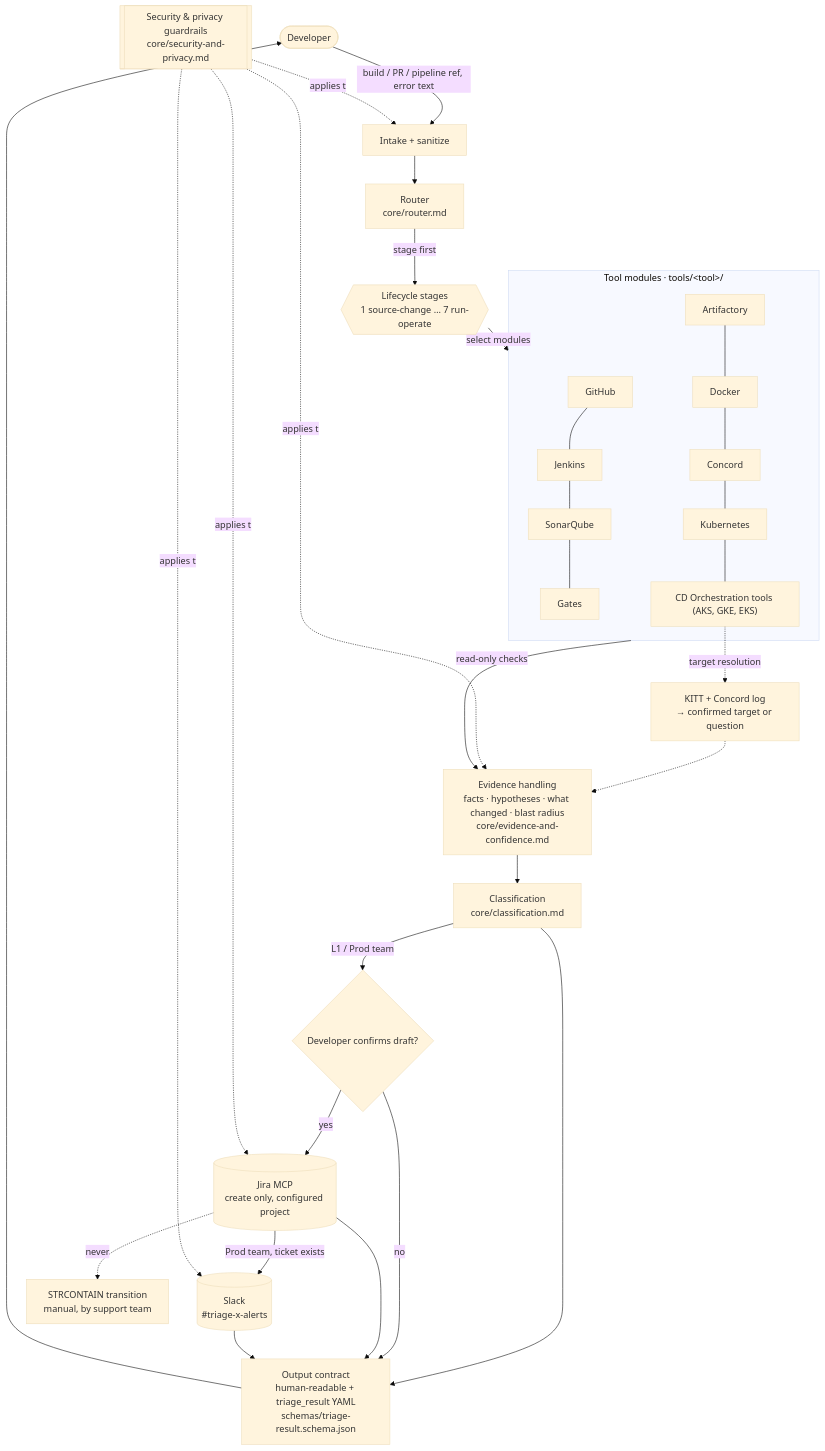
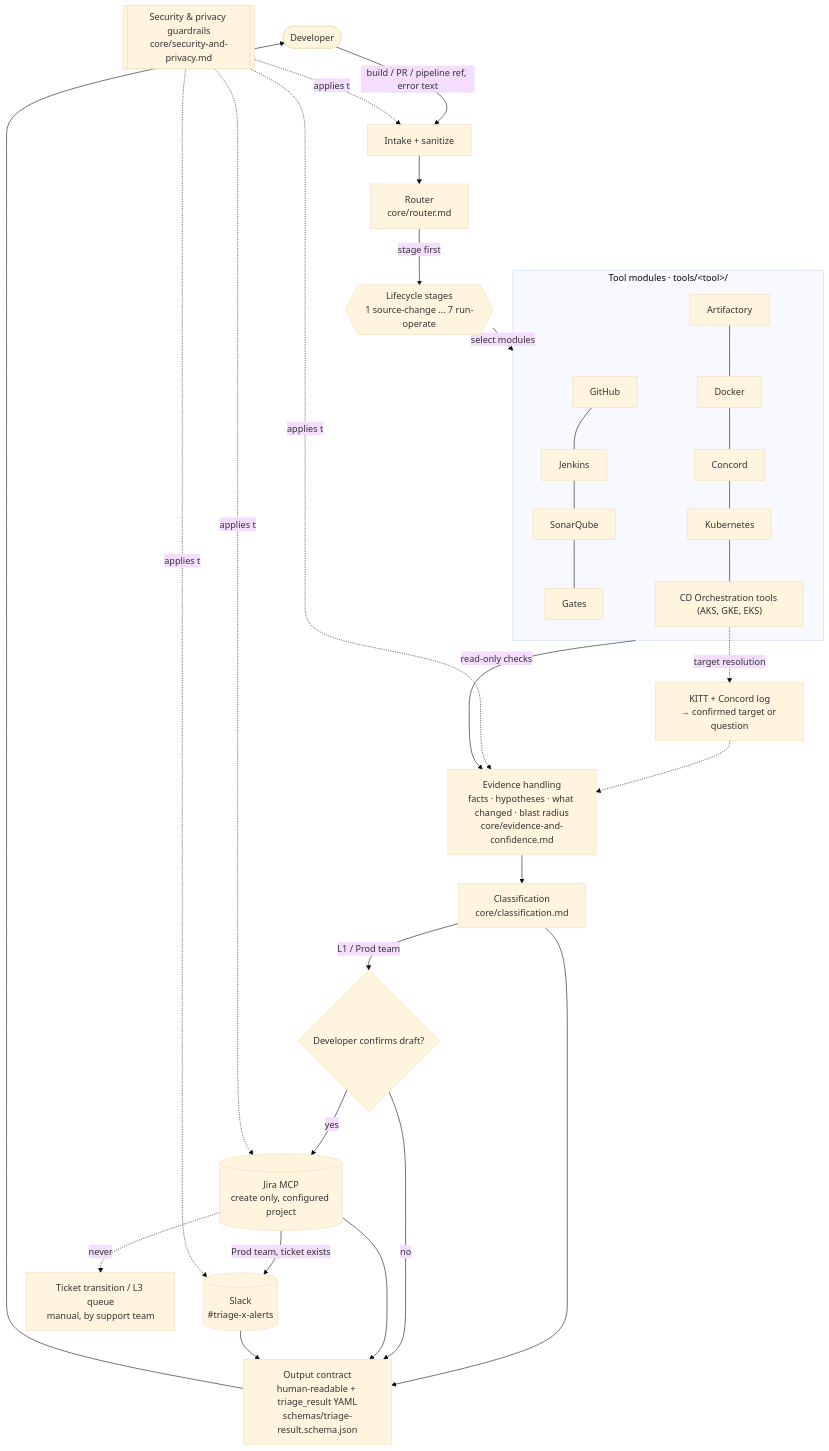
Before and after one commit to gunasekar89/triage-x: the diagram in docs/architecture.md, drawn with Mermaid (base theme). The commit also changed 14 other files, not shown here.

First line of the commit message:
refactor: remove STRCONTAIN; keep a general no-ticket-transition rule

````diff
--- a/docs/architecture.md
+++ b/docs/architecture.md
@@ -5,28 +5,28 @@
 ```mermaid
 flowchart TB
   U([Developer]) -->|build / PR / pipeline ref, error text| IN[Intake + sanitize]
   IN --> R[Router<br/>core/router.md]
   R -->|stage first| ST{{Lifecycle stages<br/>1 source-change … 7 run-operate}}
   ST -->|select modules| TM
 
   subgraph TM[Tool modules · tools/&lt;tool&gt;/]
     GH[GitHub] --- JK[Jenkins] --- SQ[SonarQube] --- GT[Gates]
     AF[Artifactory] --- DK[Docker] --- CC[Concord] --- KB[Kubernetes] --- WC["CD Orchestration tools (AKS, GKE, EKS)"]
   end
 
   TM -->|read-only checks| EV[Evidence handling<br/>facts · hypotheses · what changed · blast radius<br/>core/evidence-and-confidence.md]
   WC -.target resolution.-> TR[KITT + Concord log<br/>→ confirmed target or question]
   TR -.-> EV
   EV --> CL[Classification<br/>core/classification.md]
   CL --> OC[Output contract<br/>human-readable + triage_result YAML<br/>schemas/triage-result.schema.json]
   CL -->|L1 / Prod team| CF{Developer confirms draft?}
   CF -->|yes| JI[(Jira MCP<br/>create only, configured project)]
   JI -->|Prod team, ticket exists| SL[(Slack<br/>#triage-x-alerts)]
   CF -->|no| OC
   JI --> OC
   SL --> OC
   OC --> U
-  JI -.never.-> X[STRCONTAIN transition<br/>manual, by support team]
+  JI -.never.-> X[Ticket transition / L3 queue<br/>manual, by support team]
 
   SEC[[Security & privacy guardrails<br/>core/security-and-privacy.md]] -.applies to.-> IN & EV & JI & SL
 ```
````
